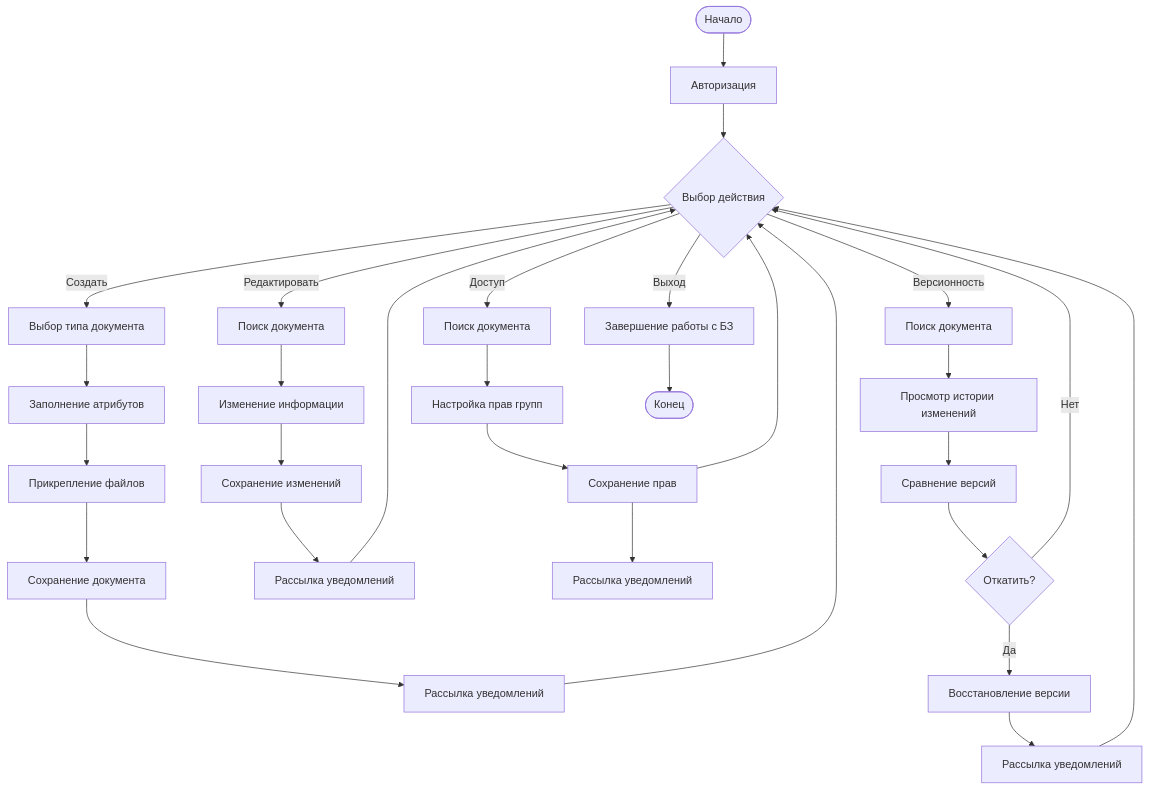
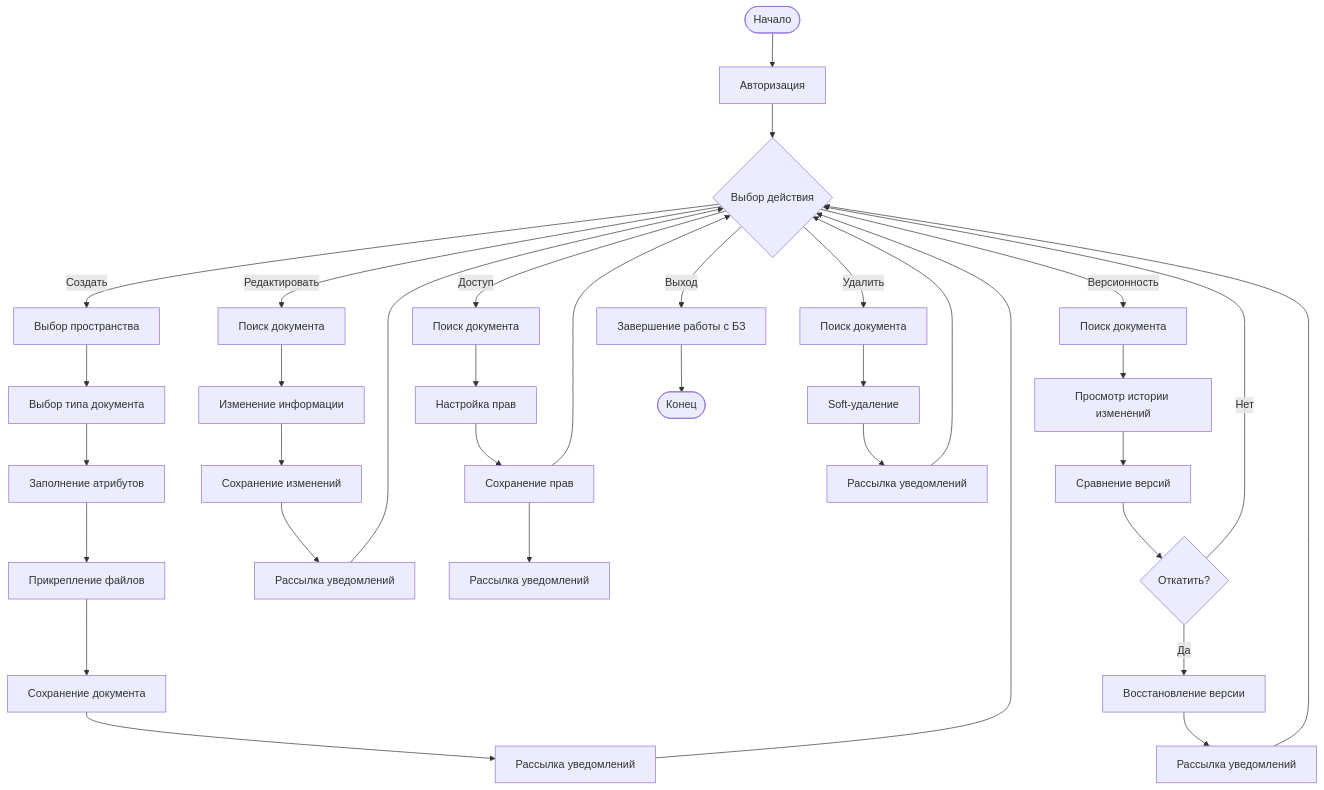
The second of 4 diagrams in base-requirements.md (C23-501-SoftDev/Docs), drawn with Mermaid before and after one commit. The commit also changed other lines of this file and 1 other file, not shown here.

````diff
--- a/base-requirements.md
+++ b/base-requirements.md
@@ -74,36 +75,42 @@
 ```mermaid
 graph TD
     Start([Начало]) --> Login[Авторизация]
     Login --> Action{Выбор действия}
     
-    Action -->|Создать| Create[Выбор типа документа]
+    Action -->|Создать| SelectSpace[Выбор пространства]
+    SelectSpace --> Create[Выбор типа документа]
     Create --> Fill[Заполнение атрибутов]
     Fill --> Attach[Прикрепление файлов]
     Attach --> SaveNew[Сохранение документа]
     SaveNew --> SendNotifyNew[Рассылка уведомлений]
     SendNotifyNew --> Action
     
     Action -->|Редактировать| Find[Поиск документа]
     Find --> Edit[Изменение информации]
     Edit --> SaveEdit[Сохранение изменений]
     SaveEdit --> SendNotifyEdit[Рассылка уведомлений]
     SendNotifyEdit --> Action
     
     Action -->|Доступ| FindAccess[Поиск документа]
-    FindAccess --> SetAccess[Настройка прав групп]
+    FindAccess --> SetAccess[Настройка прав]
     SetAccess --> SaveAccess[Сохранение прав]
     SaveAccess --> SendNotifyAccess[Рассылка уведомлений]
     SaveAccess --> Action
     
     Action -->|Версионность| FindVer[Поиск документа]
     FindVer --> ViewHist[Просмотр истории изменений]
     ViewHist --> Compare[Сравнение версий]
     Compare --> Restore{Откатить?}
     Restore -->|Да| DoRestore[Восстановление версии]
     Restore -->|Нет| Action
     DoRestore --> SendNotifyRestore[Рассылка уведомлений]
     SendNotifyRestore --> Action
+
+    Action -->|Удалить| FindDel[Поиск документа]
+    FindDel --> SoftDelete[Soft-удаление]
+    SoftDelete --> SendNotifyDel[Рассылка уведомлений]
+    SendNotifyDel --> Action
     
     Action -->|Выход| Logout[Завершение работы с БЗ]
     Logout --> End([Конец])
 ```
````
